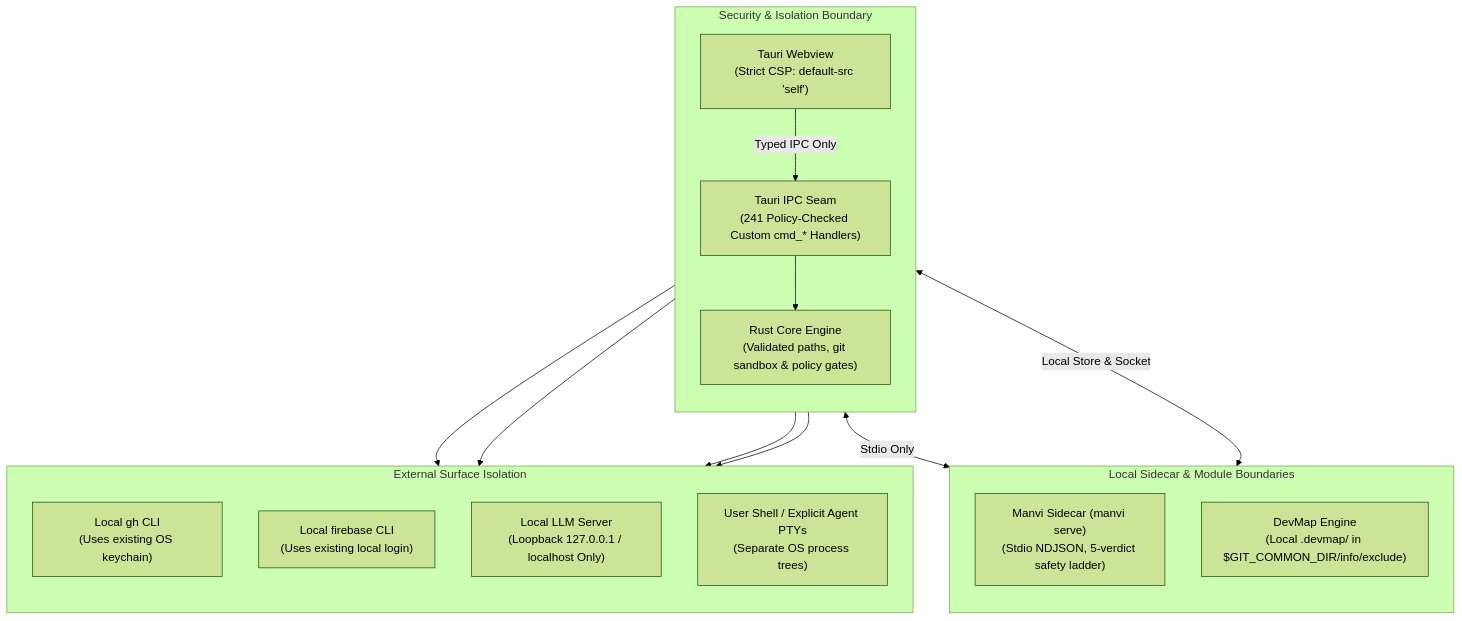
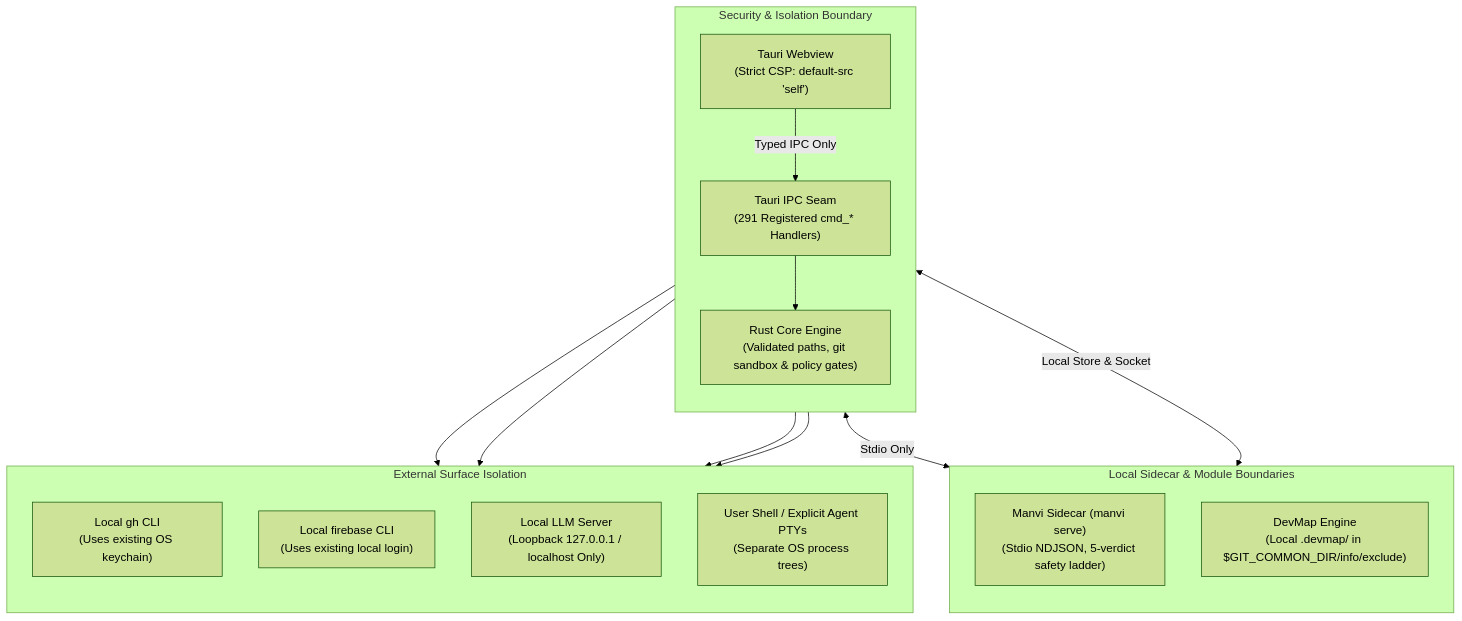
One commit to bharathvbcr/GitPulse changed the diagram in docs/SECURITY.md. Above: the diagram before and after it, drawn with Mermaid (forest theme). The commit also changed 13 other files, not shown here.

First line of the commit message:
docs: the MCP server writes the task board; counts, schemas and binaries re-read

````diff
--- a/docs/SECURITY.md
+++ b/docs/SECURITY.md
@@ -12,33 +12,33 @@
 ```mermaid
 flowchart TD
     subgraph Boundary["Security & Isolation Boundary"]
         direction TB
         Webview["Tauri Webview<br/>(Strict CSP: default-src 'self')"]
-        IPCBoundary["Tauri IPC Seam<br/>(241 Policy-Checked Custom cmd_* Handlers)"]
+        IPCBoundary["Tauri IPC Seam<br/>(291 Registered cmd_* Handlers)"]
         LocalEngine["Rust Core Engine<br/>(Validated paths, git sandbox & policy gates)"]
         
         Webview -->|Typed IPC Only| IPCBoundary
         IPCBoundary --> LocalEngine
     end
 
     subgraph SidecarIsolation["Local Sidecar & Module Boundaries"]
         direction TB
         ManviSidecar["Manvi Sidecar (manvi serve)<br/>(Stdio NDJSON, 5-verdict safety ladder)"]
         DevMapGate["DevMap Engine<br/>(Local .devmap/ in $GIT_COMMON_DIR/info/exclude)"]
     end
 
     subgraph ExternalSurfaces["External Surface Isolation"]
         direction TB
         LocalGH["Local gh CLI<br/>(Uses existing OS keychain)"]
         LocalFB["Local firebase CLI<br/>(Uses existing local login)"]
         LocalAI["Local LLM Server<br/>(Loopback 127.0.0.1 / localhost Only)"]
         PTY["User Shell / Explicit Agent PTYs<br/>(Separate OS process trees)"]
     end
 
     LocalEngine <-->|Stdio Only| ManviSidecar
     LocalEngine <-->|Local Store & Socket| DevMapGate
     LocalEngine --> LocalGH
     LocalEngine --> LocalFB
     LocalEngine --> LocalAI
     LocalEngine --> PTY
 ```
````
